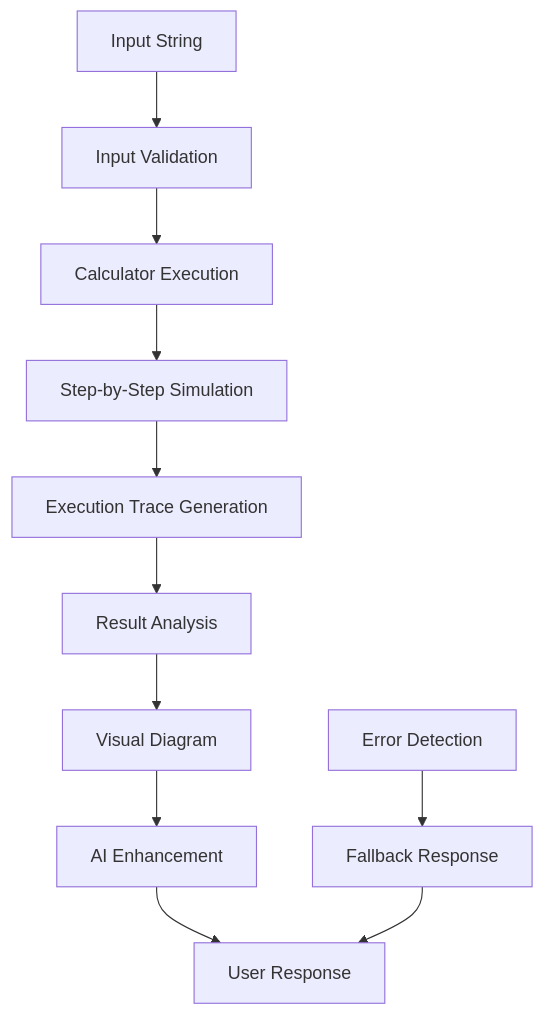
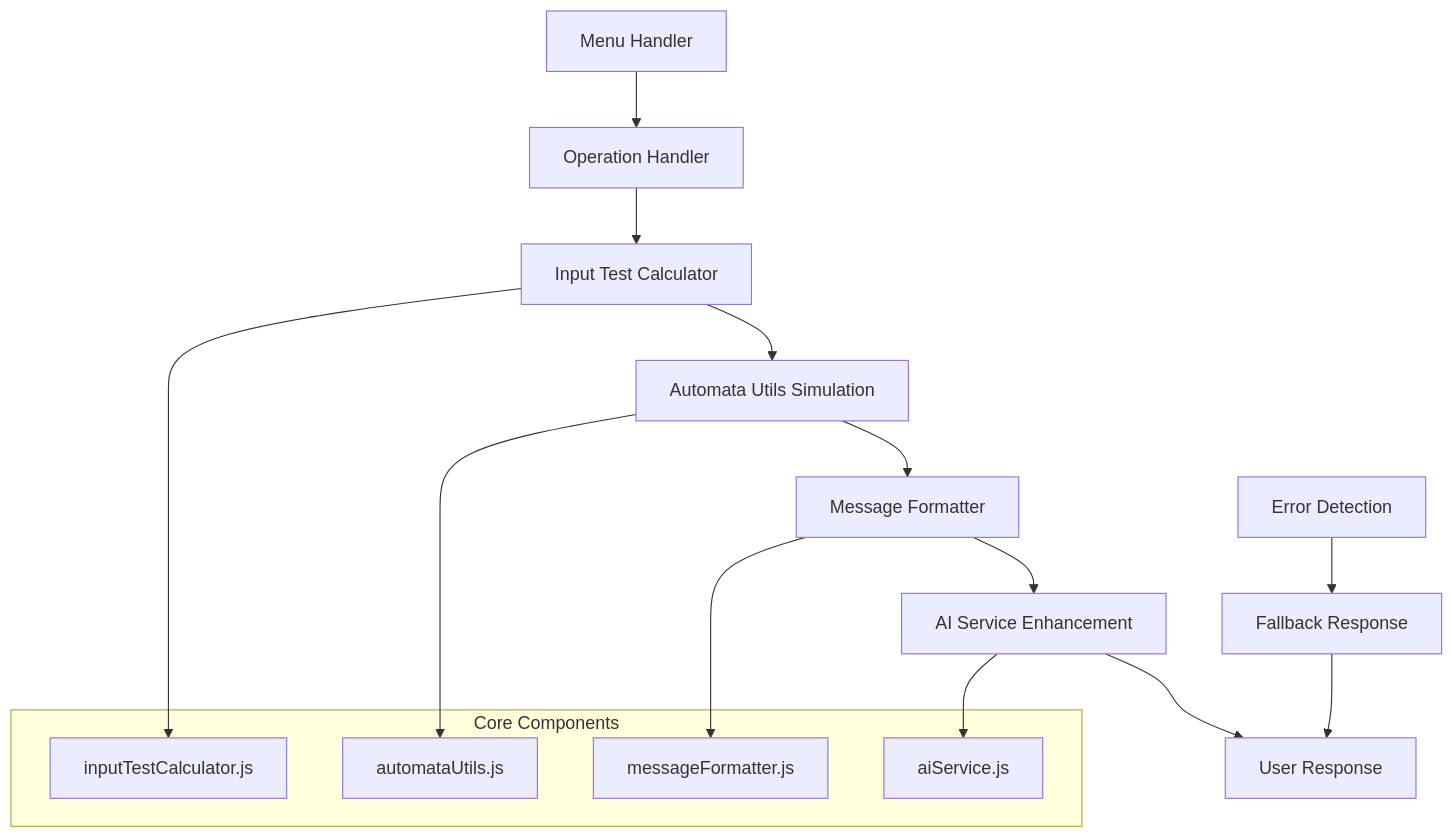
Before and after one commit to Choeng-Rayu/Project-Automata: the second of 3 diagrams in API_Integration_and_Test_Input_Report.md, drawn with Mermaid. The commit also changed other lines of this file, not shown here.

````diff
--- a/API_Integration_and_Test_Input_Report.md
+++ b/API_Integration_and_Test_Input_Report.md
@@ -285,14 +301,24 @@
 ```mermaid
 graph TD
-    A[Input String] --> B[Input Validation]
-    B --> C[Calculator Execution]
-    C --> D[Step-by-Step Simulation]
-    D --> E[Execution Trace Generation]
-    E --> F[Result Analysis]
-    F --> G[Visual Diagram]
-    G --> H[AI Enhancement]
-    H --> I[User Response]
+    A[Menu Handler] --> B[Operation Handler]
+    B --> C[Input Test Calculator]
+    C --> D[Automata Utils Simulation]
+    D --> E[Message Formatter]
+    E --> F[AI Service Enhancement]
+    F --> G[User Response]
     
-    J[Error Detection] --> K[Fallback Response]
-    K --> I
+    H[Error Detection] --> I[Fallback Response]
+    I --> G
+    
+    subgraph "Core Components"
+        C1[inputTestCalculator.js]
+        C2[automataUtils.js]
+        C3[messageFormatter.js]
+        C4[aiService.js]
+    end
+    
+    C --> C1
+    D --> C2
+    E --> C3
+    F --> C4
 ```
````
